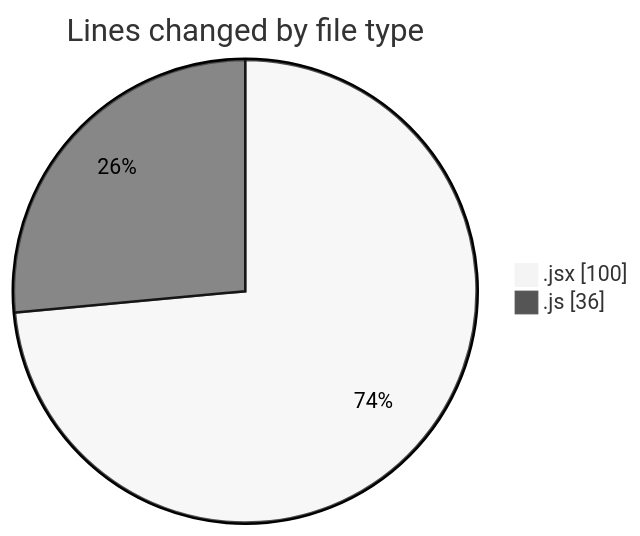
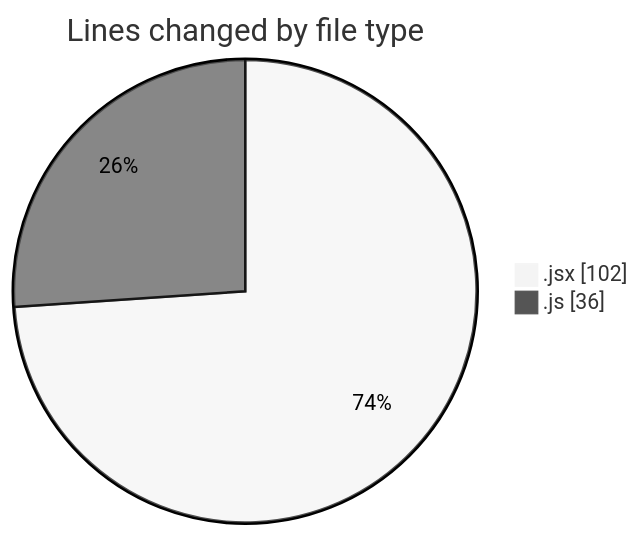
Before and after one commit to nxtqubesakshisongat/code-tracking: the first of 2 diagrams in 2025-06-17/nxtqube_webapp/README.md, drawn with Mermaid (neutral theme). The commit also changed other lines of this file and 1 other file, not shown here.

````diff
--- a/2025-06-17/nxtqube_webapp/README.md
+++ b/2025-06-17/nxtqube_webapp/README.md
@@ -21,6 +21,6 @@
 ```mermaid
 pie showData
 title Lines changed by file type
-".jsx" : 100
+".jsx" : 102
 ".js" : 36
 ```
````
